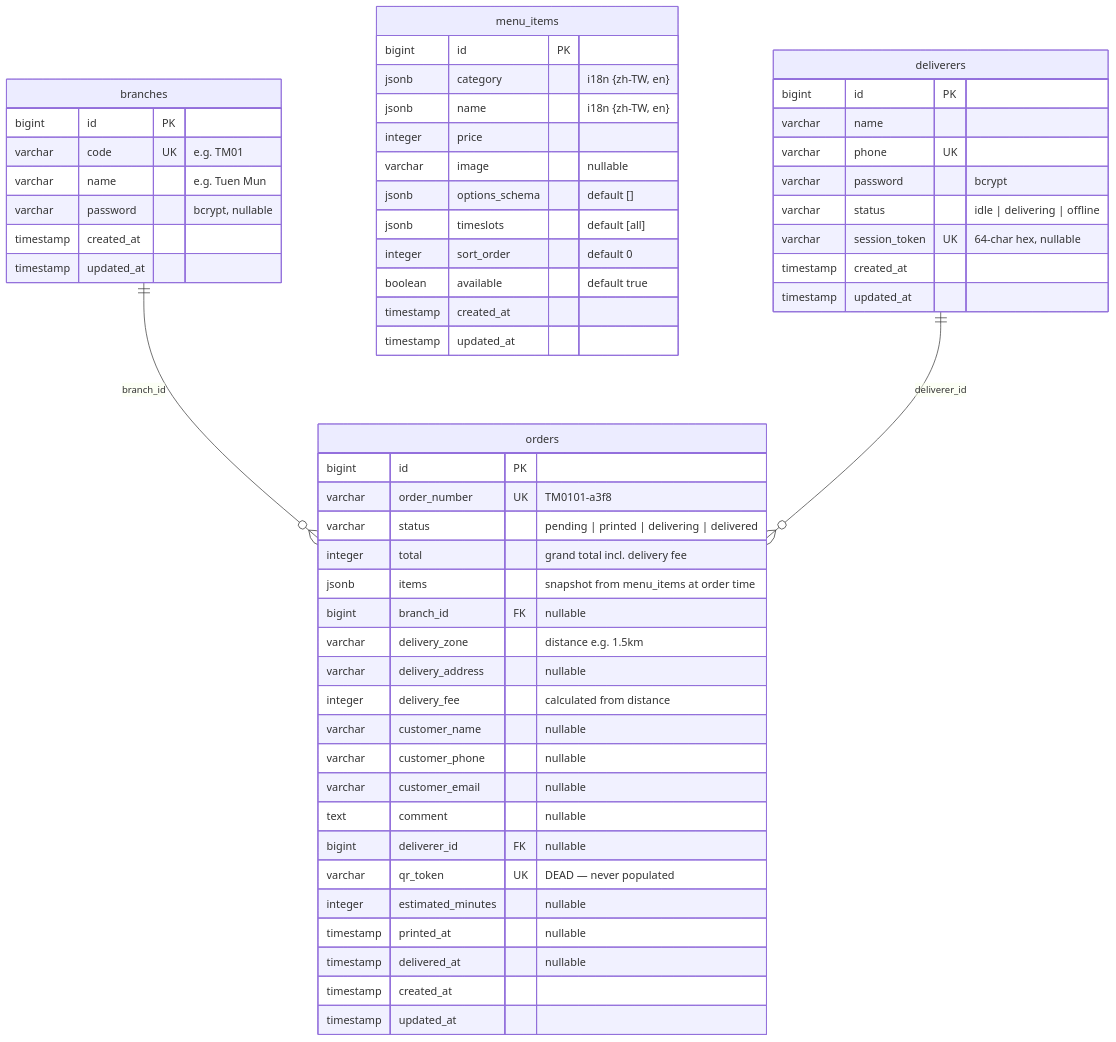
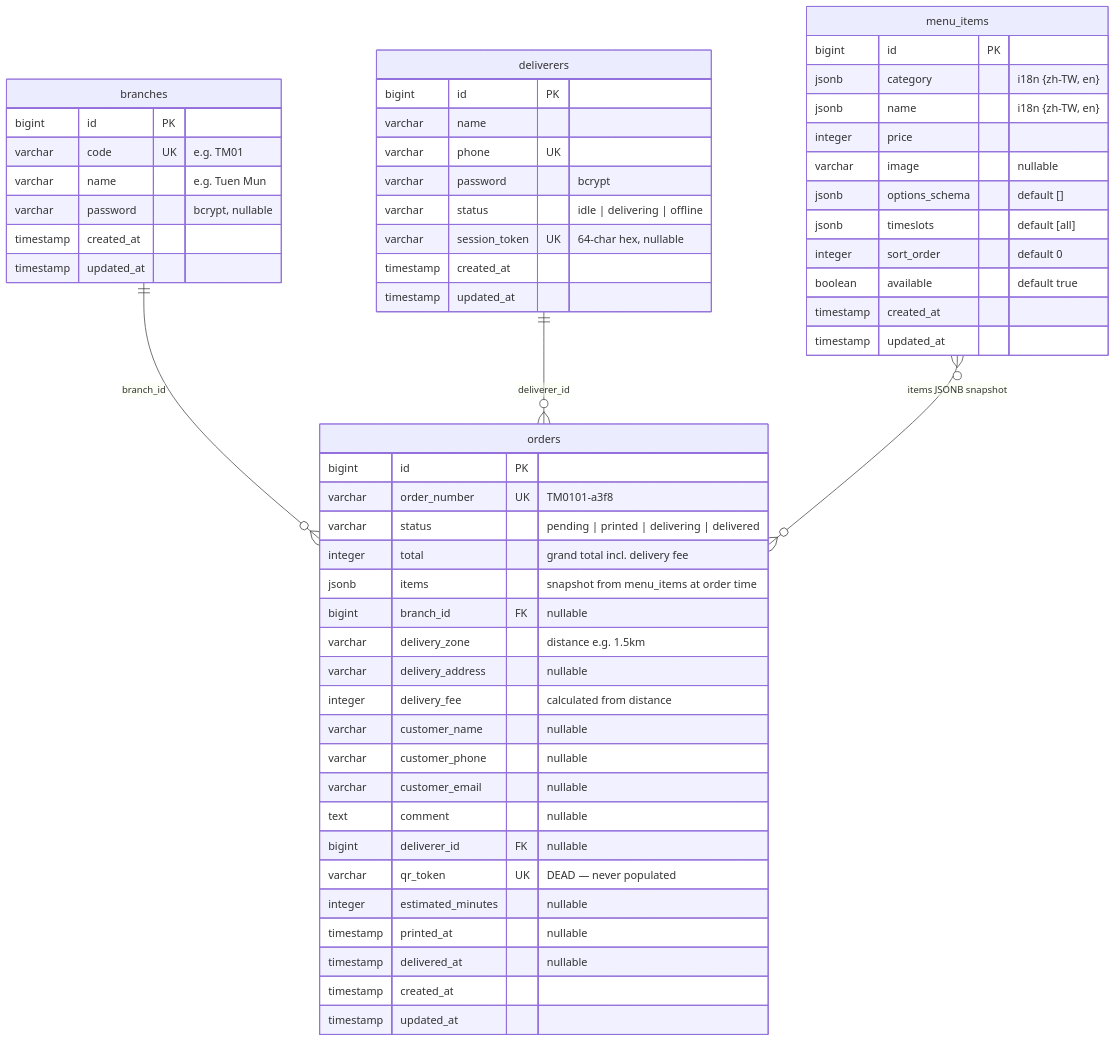
The first of 4 diagrams in frontend/pages/restaurant/ERD.md (HKPooPoo/My_CLI_Re), drawn with Mermaid before and after one commit.

Commit message:
Add menu_items → orders relationship line in ERD diagram
many-to-many via JSONB snapshot (no FK constraint).

````diff
--- a/frontend/pages/restaurant/ERD.md
+++ b/frontend/pages/restaurant/ERD.md
@@ -11,62 +11,63 @@
 ```mermaid
 erDiagram
     branches {
         bigint id PK
         varchar code UK "e.g. TM01"
         varchar name "e.g. Tuen Mun"
         varchar password "bcrypt, nullable"
         timestamp created_at
         timestamp updated_at
     }
 
     menu_items {
         bigint id PK
         jsonb category "i18n {zh-TW, en}"
         jsonb name "i18n {zh-TW, en}"
         integer price
         varchar image "nullable"
         jsonb options_schema "default []"
         jsonb timeslots "default [all]"
         integer sort_order "default 0"
         boolean available "default true"
         timestamp created_at
         timestamp updated_at
     }
 
     deliverers {
         bigint id PK
         varchar name
         varchar phone UK
         varchar password "bcrypt"
         varchar status "idle | delivering | offline"
         varchar session_token UK "64-char hex, nullable"
         timestamp created_at
         timestamp updated_at
     }
 
     orders {
         bigint id PK
         varchar order_number UK "TM0101-a3f8"
         varchar status "pending | printed | delivering | delivered"
         integer total "grand total incl. delivery fee"
         jsonb items "snapshot from menu_items at order time"
         bigint branch_id FK "nullable"
         varchar delivery_zone "distance e.g. 1.5km"
         varchar delivery_address "nullable"
         integer delivery_fee "calculated from distance"
         varchar customer_name "nullable"
         varchar customer_phone "nullable"
         varchar customer_email "nullable"
         text comment "nullable"
         bigint deliverer_id FK "nullable"
         varchar qr_token UK "DEAD — never populated"
         integer estimated_minutes "nullable"
         timestamp printed_at "nullable"
         timestamp delivered_at "nullable"
         timestamp created_at
         timestamp updated_at
     }
 
     branches ||--o{ orders : "branch_id"
     deliverers ||--o{ orders : "deliverer_id"
+    menu_items }o--o{ orders : "items JSONB snapshot"
 ```
````
